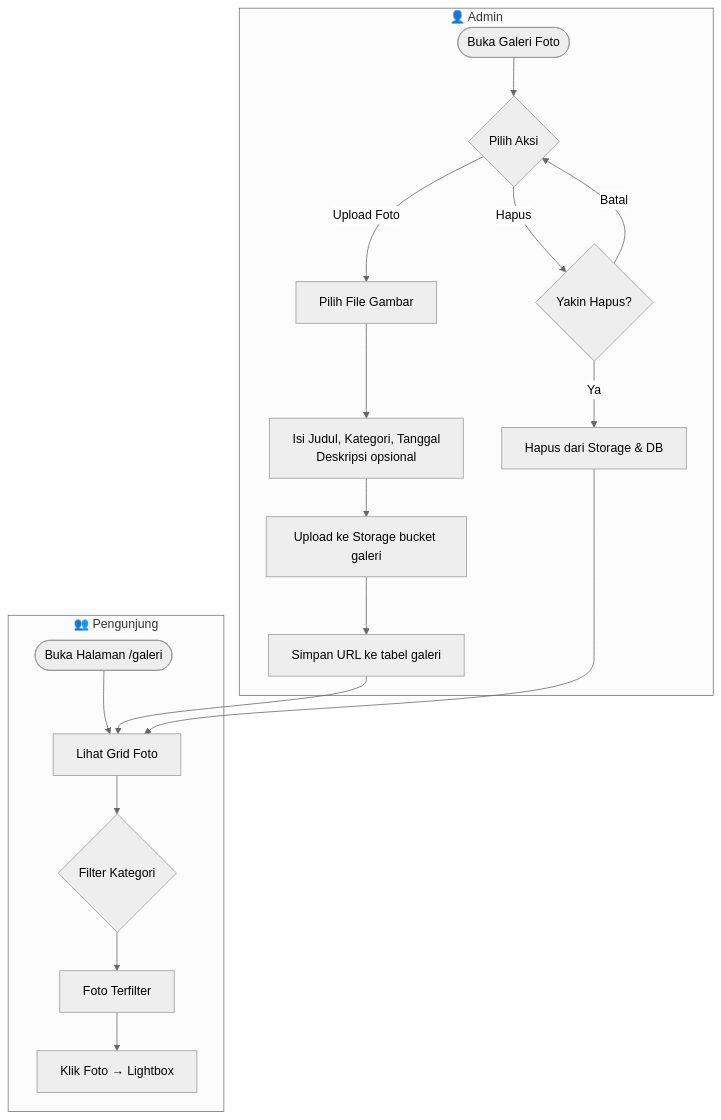
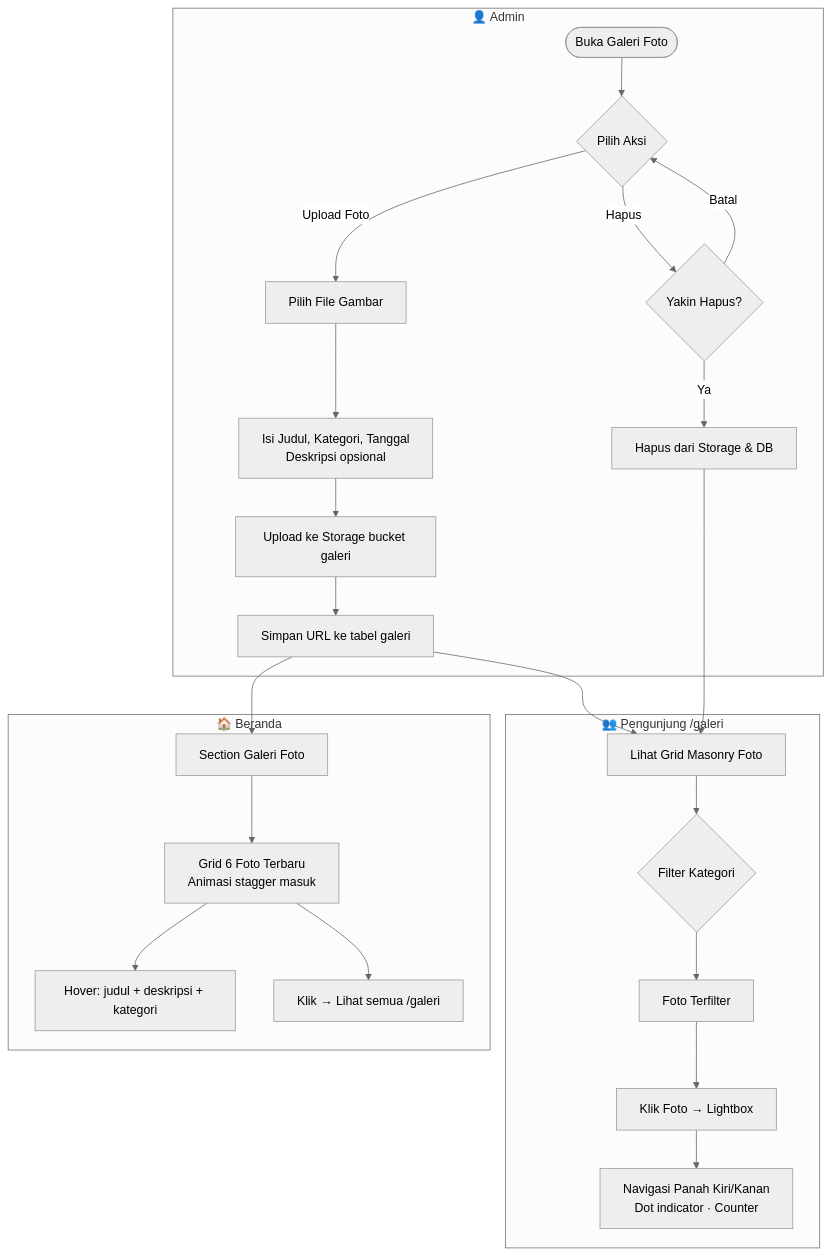
One commit to nabilhatami86/masjid-al-hidayah changed the fourth of 8 diagrams in ERD.md. Above: the diagram before and after it, drawn with Mermaid (neutral theme). The commit also changed other lines of this file and 7 other files, not shown here.

````diff
--- a/ERD.md
+++ b/ERD.md
@@ -364,25 +392,32 @@
 ```mermaid
 flowchart TD
     subgraph ADMIN["👤 Admin"]
         A1([Buka Galeri Foto]) --> A2{Pilih Aksi}
 
         A2 -- Upload Foto --> A3[Pilih File Gambar]
         A3 --> A4[Isi Judul, Kategori, Tanggal\nDeskripsi opsional]
         A4 --> A5[Upload ke Storage bucket galeri]
         A5 --> A6[Simpan URL ke tabel galeri]
 
         A2 -- Hapus --> A7{Yakin Hapus?}
         A7 -- Batal --> A2
         A7 -- Ya --> A8[Hapus dari Storage & DB]
     end
 
-    subgraph PUBLIK["👥 Pengunjung"]
-        P1([Buka Halaman /galeri]) --> P2[Lihat Grid Foto]
-        P2 --> P3{Filter Kategori}
-        P3 --> P4[Foto Terfilter]
-        P4 --> P5[Klik Foto → Lightbox]
+    subgraph BERANDA["🏠 Beranda"]
+        B1[Section Galeri Foto] --> B2[Grid 6 Foto Terbaru\nAnimasi stagger masuk]
+        B2 --> B3[Hover: judul + deskripsi + kategori]
+        B2 --> B4[Klik → Lihat semua /galeri]
     end
 
-    A6 --> P2
-    A8 --> P2
+    subgraph PUBLIK["👥 Pengunjung /galeri"]
+        P1[Lihat Grid Masonry Foto] --> P2{Filter Kategori}
+        P2 --> P3[Foto Terfilter]
+        P3 --> P4[Klik Foto → Lightbox]
+        P4 --> P5[Navigasi Panah Kiri/Kanan\nDot indicator · Counter]
+    end
+
+    A6 --> B1
+    A6 --> P1
+    A8 --> P1
 ```
````
